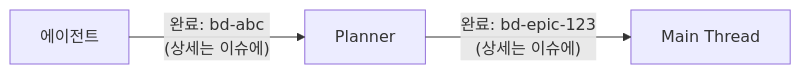
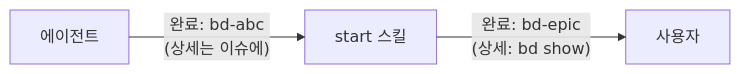
One commit to Wondermove-Inc/calab-claude-plugin changed the diagram in plugins/workflow/skills/start/SKILL.md. Above: the diagram before and after it, drawn with Mermaid. The commit also changed other lines of this file and 20 other files, not shown here.

First line of the commit message:
[refactor]: 9→4 에이전트 통합 및 워크플로우 v2.0 재설계

````diff
--- a/plugins/workflow/skills/start/SKILL.md
+++ b/plugins/workflow/skills/start/SKILL.md
@@ -206,6 +290,6 @@
 ```mermaid
 %%{init: {"flowchart": {"defaultRenderer": "elk"}}}%%
 flowchart LR
-    Agent[에이전트] -->|"완료: bd-abc<br/>(상세는 이슈에)"| Planner
-    Planner -->|"완료: bd-epic-123<br/>(상세는 이슈에)"| Main[Main Thread]
+    Agent[에이전트] -->|"완료: bd-abc<br/>(상세는 이슈에)"| Start[start 스킬]
+    Start -->|"완료: bd-epic<br/>(상세: bd show)"| User[사용자]
 ```
````
